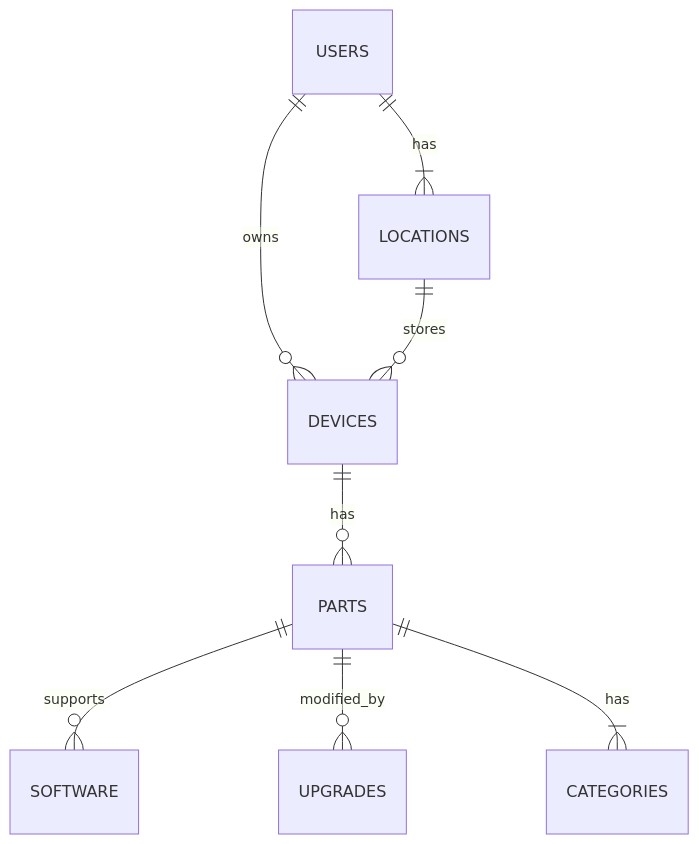
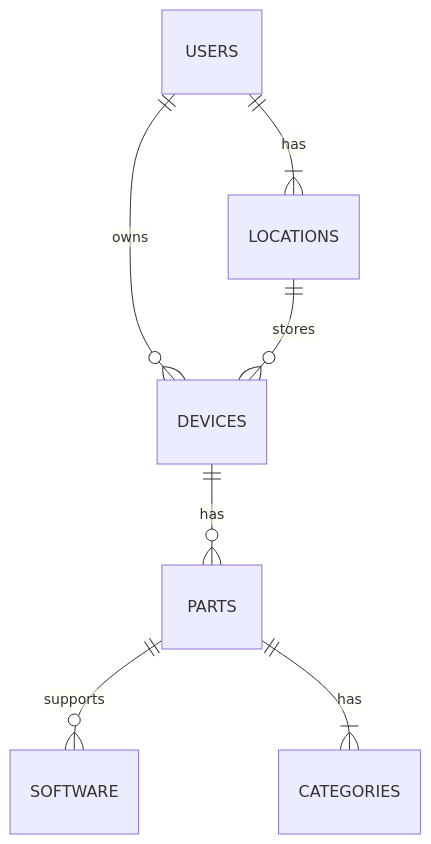
The diagram in README.md (bsmylie873/TransistorTracker), drawn with Mermaid before and after one commit.

Commit message:
Removing upgrades domain.

```````diff
--- a/README.md
+++ b/README.md
@@ -25,11 +25,10 @@
 ```mermaid
 %%{init: {'theme':'default'}}%%
 erDiagram
     USERS ||--o{ DEVICES : owns
     USERS ||--|{ LOCATIONS : has
     DEVICES ||--o{ PARTS : has
     PARTS ||--o{ SOFTWARE : supports
-    PARTS ||--o{ UPGRADES : modified_by
     PARTS ||--|{ CATEGORIES : has
     LOCATIONS ||--o{ DEVICES : stores
 ``````
```````
